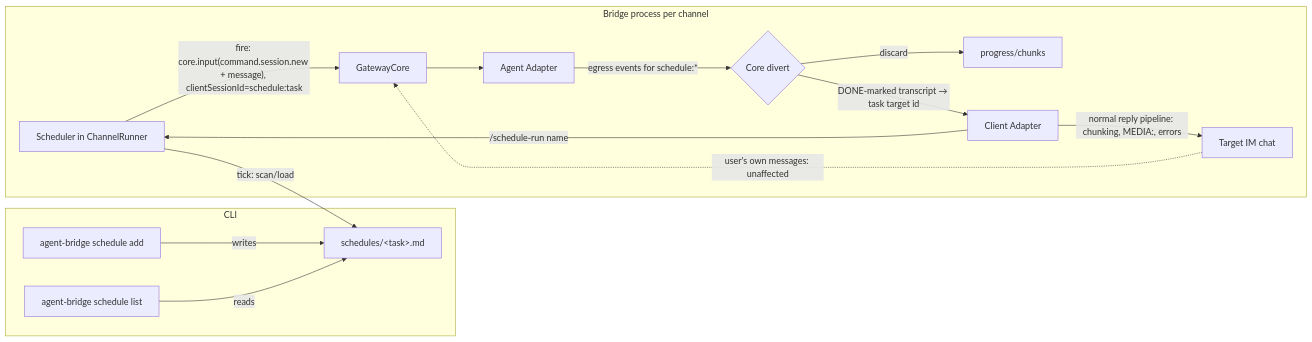
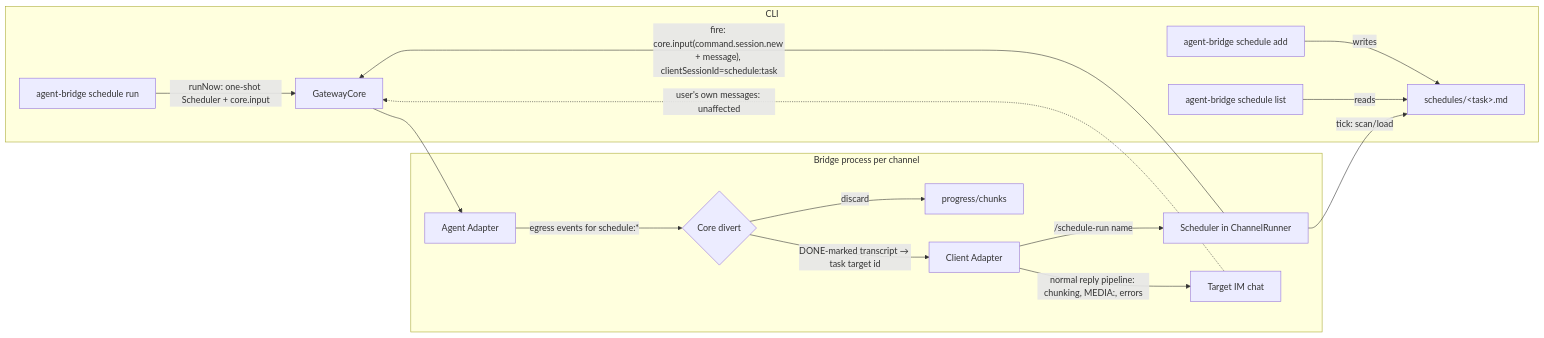
One commit to HoPGoldy/agent-bridge changed the diagram in docs/scheduled-tasks-spec.md. Above: the diagram before and after it, drawn with Mermaid. The commit also changed other lines of this file and 43 other files, not shown here.

````diff
--- a/docs/scheduled-tasks-spec.md
+++ b/docs/scheduled-tasks-spec.md
@@ -170,18 +176,19 @@
 ```mermaid
 graph LR
   subgraph CLI
     ADD[agent-bridge schedule add] -->|writes| F[schedules/&lt;task&gt;.md]
     LS[agent-bridge schedule list] -->|reads| F
+    RUN[agent-bridge schedule run] -->|runNow: one-shot Scheduler + core.input| CORE
   end
   subgraph Bridge process per channel
     SCH[Scheduler in ChannelRunner] -->|tick: scan/load| F
     SCH -->|"fire: core.input(command.session.new + message), clientSessionId=schedule:task"| CORE[GatewayCore]
     CORE --> AG[Agent Adapter]
     AG -->|egress events for schedule:*| DIV{Core divert}
     DIV -->|discard| X[progress/chunks]
     DIV -->|"DONE-marked transcript → task target id"| CA[Client Adapter]
     CA -->|normal reply pipeline: chunking, MEDIA:, errors| CHAT[Target IM chat]
     CA -->|/schedule-run name| SCH
   end
   CHAT -.->|"user's own messages: unaffected"| CORE
 ```
````
